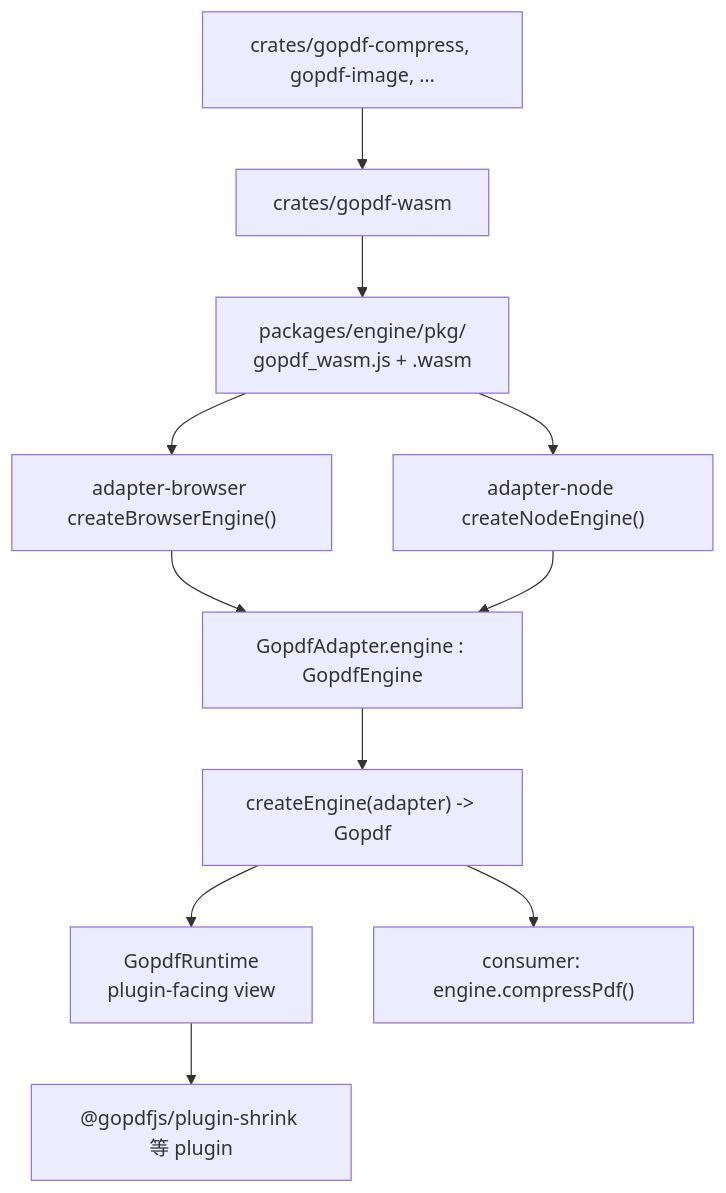
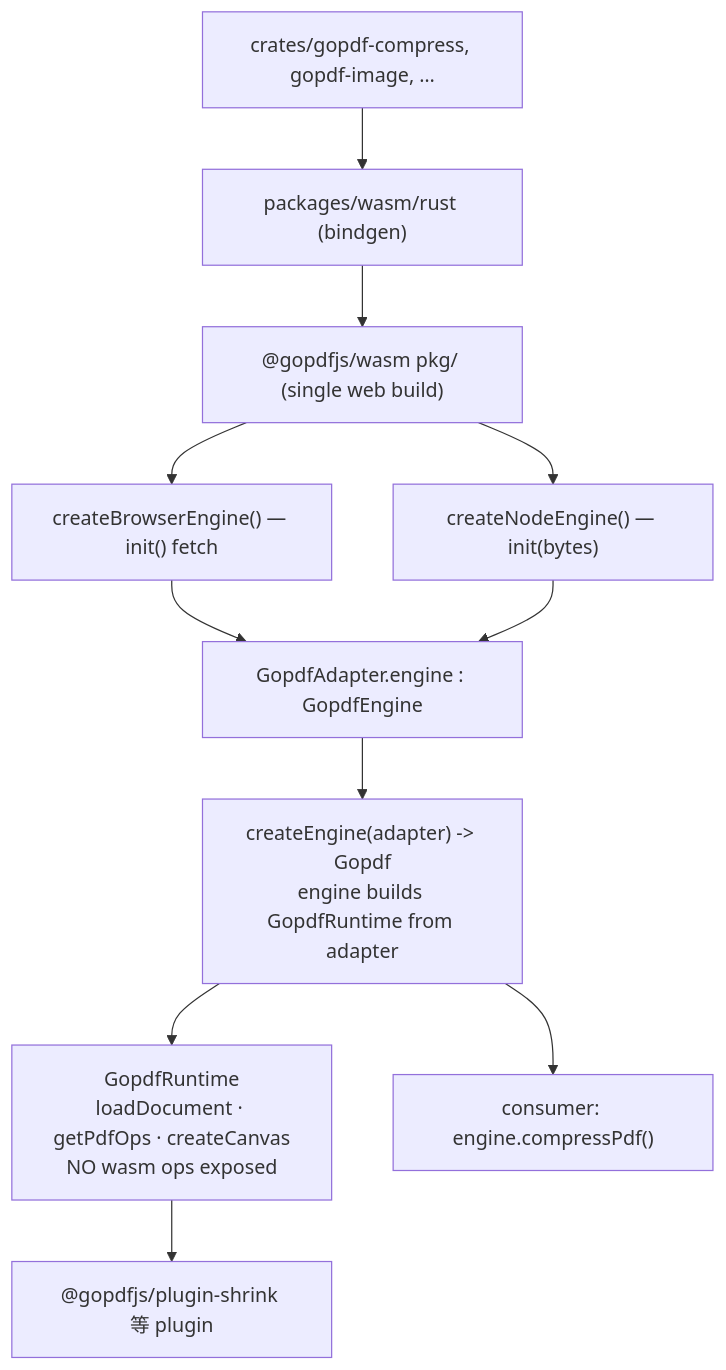
The second of 2 diagrams in .spec/rfc/0057-rust-wasm-engine-architecture.md (gopdfjs/gopdfjs), drawn with Mermaid before and after one commit. The commit also changed other lines of this file and 177 other files, not shown here.

````diff
--- a/.spec/rfc/0057-rust-wasm-engine-architecture.md
+++ b/.spec/rfc/0057-rust-wasm-engine-architecture.md
@@ -73,13 +81,13 @@
 ```mermaid
 flowchart TD
-    Rust["crates/gopdf-compress, gopdf-image, …"] --> Bind["crates/gopdf-wasm"]
-    Bind --> Out["packages/engine/pkg/<br/>gopdf_wasm.js + .wasm"]
-    Out --> AdB["adapter-browser createBrowserEngine()"]
-    Out --> AdN["adapter-node createNodeEngine()"]
+    Rust["crates/gopdf-compress, gopdf-image, …"] --> Bind["packages/wasm/rust (bindgen)"]
+    Bind --> Pkg["@gopdfjs/wasm pkg/ (single web build)"]
+    Pkg --> AdB["createBrowserEngine() — init() fetch"]
+    Pkg --> AdN["createNodeEngine() — init(bytes)"]
     AdB --> Port["GopdfAdapter.engine : GopdfEngine"]
     AdN --> Port
-    Port --> Facade["createEngine(adapter) -> Gopdf"]
-    Facade --> RT["GopdfRuntime<br/>plugin-facing view"]
+    Port --> Facade["createEngine(adapter) -> Gopdf<br/>engine builds GopdfRuntime from adapter"]
+    Facade --> RT["GopdfRuntime<br/>loadDocument · getPdfOps · createCanvas<br/>NO wasm ops exposed"]
     RT --> Plugin["@gopdfjs/plugin-shrink 等 plugin"]
     Facade --> App["consumer: engine.compressPdf()"]
 ```
````
